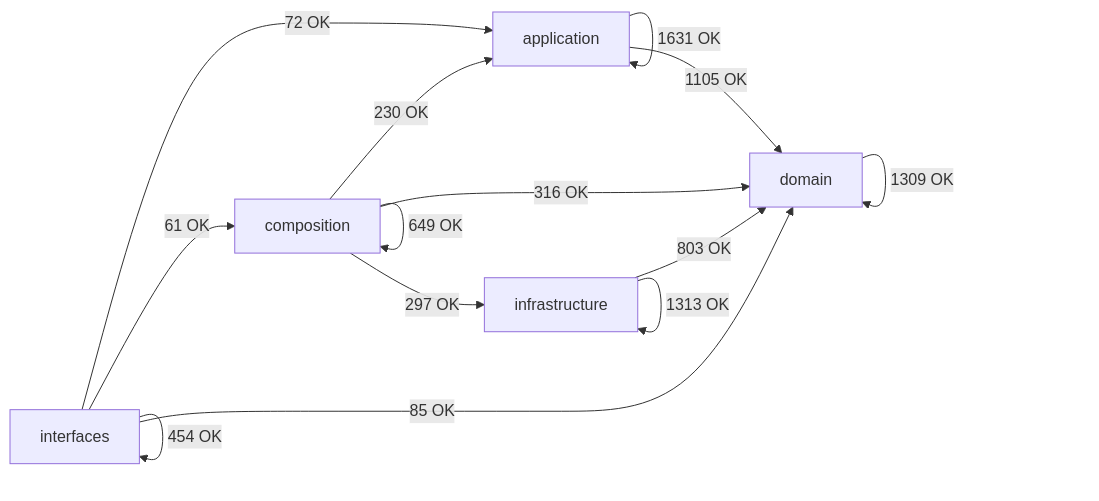
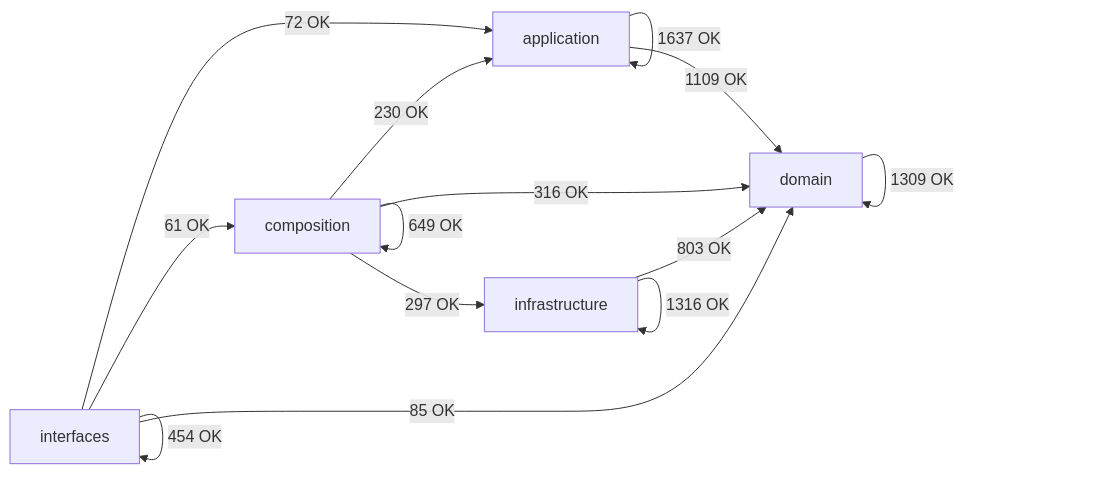
The diagram in docs/02-architecture/generated/module-dependency-map.md (SatoryKono/BioactivityDataAcquisition), drawn with Mermaid before and after one commit. The commit also changed other lines of this file and 40 other files, not shown here.

````diff
--- a/docs/02-architecture/generated/module-dependency-map.md
+++ b/docs/02-architecture/generated/module-dependency-map.md
@@ -17,21 +17,21 @@
 ```mermaid
 flowchart LR
     domain[domain]
     application[application]
     infrastructure[infrastructure]
     composition[composition]
     interfaces[interfaces]
-    application -->|1631 OK| application
-    application -->|1105 OK| domain
+    application -->|1637 OK| application
+    application -->|1109 OK| domain
     composition -->|230 OK| application
     composition -->|649 OK| composition
     composition -->|316 OK| domain
     composition -->|297 OK| infrastructure
     domain -->|1309 OK| domain
     infrastructure -->|803 OK| domain
-    infrastructure -->|1313 OK| infrastructure
+    infrastructure -->|1316 OK| infrastructure
     interfaces -->|72 OK| application
     interfaces -->|61 OK| composition
     interfaces -->|85 OK| domain
     interfaces -->|454 OK| interfaces
 ```
````
